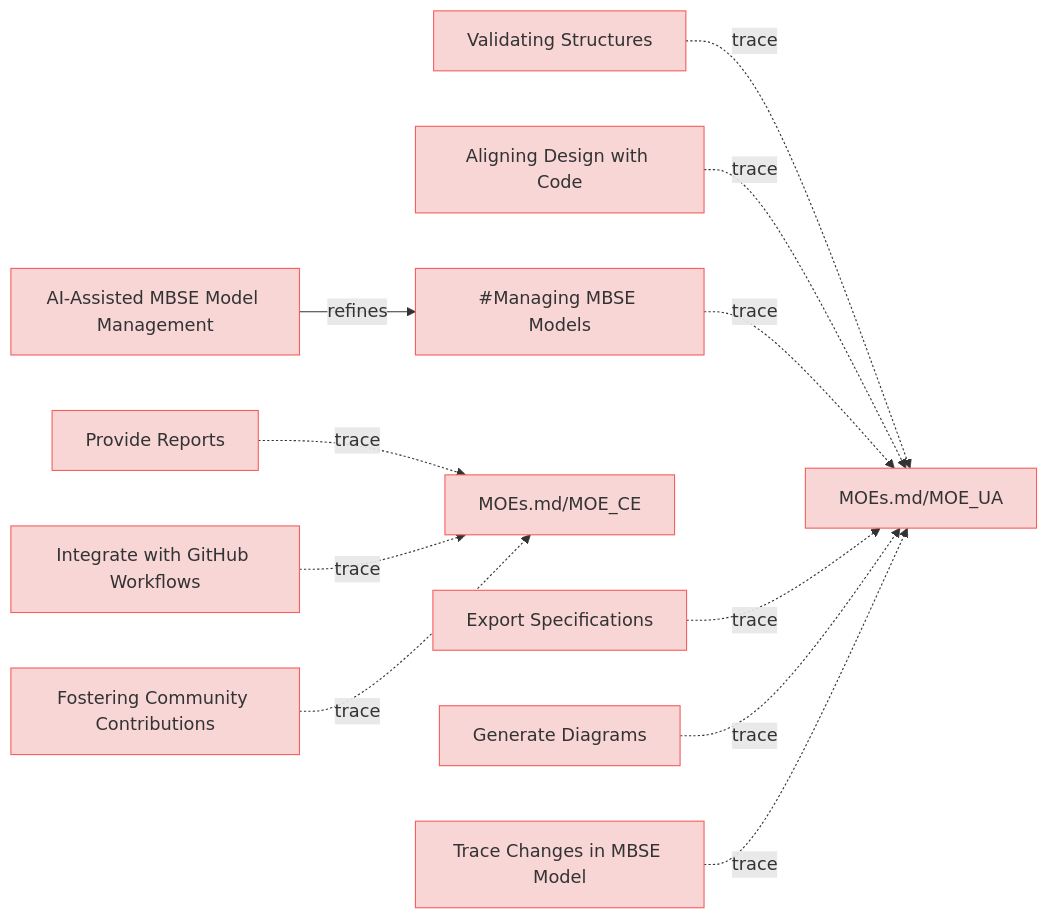
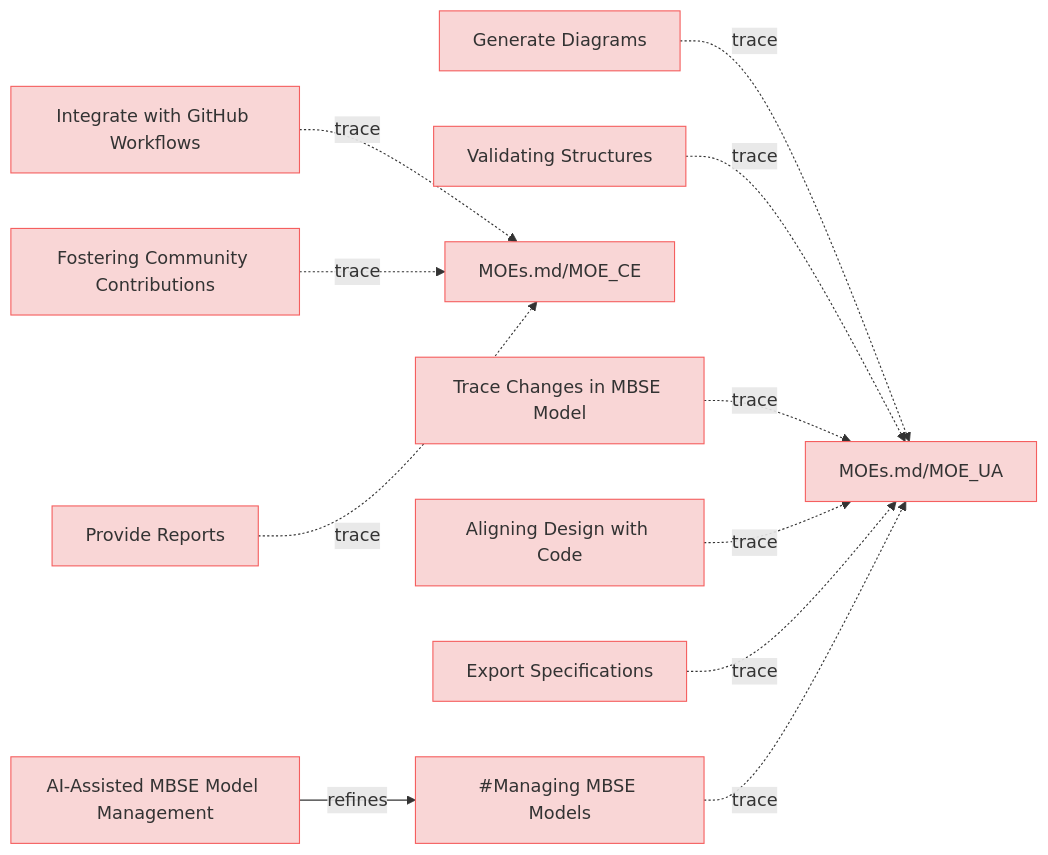
Before and after one commit to reqvire-org/reqvire: the diagram in specifications/UserStories.md, drawn with Mermaid. The commit also changed other lines of this file and 160 other files, not shown here.

````diff
--- a/specifications/UserStories.md
+++ b/specifications/UserStories.md
@@ -12,55 +12,55 @@
 ```mermaid
 graph LR;
   %% Graph styling
   classDef requirement fill:#f9d6d6,stroke:#f55f5f,stroke-width:1px;
   classDef verification fill:#d6f9d6,stroke:#5fd75f,stroke-width:1px;
   classDef externalLink fill:#d0e0ff,stroke:#3080ff,stroke-width:1px;
   classDef default fill:#f5f5f5,stroke:#333333,stroke-width:1px;
 
-  63454899a7184acc["AI-Assisted MBSE Model Management"];
-  click 63454899a7184acc "https://github.com/ilijaljubicic/ReqFlow/blob/73d5ae1d93adea71fdf4cc508be4d1ae09be068f/specifications/UserStories.md#ai-assisted-mbse-model-management";
-  class 63454899a7184acc requirement;
-  a469d82e490f4e4["#Managing MBSE Models"];
-  class a469d82e490f4e4 requirement;
-  click a469d82e490f4e4 "https://github.com/ilijaljubicic/ReqFlow/blob/73d5ae1d93adea71fdf4cc508be4d1ae09be068f/specifications/UserStories.md#managing-mbse-models";
-  63454899a7184acc -->|refines| a469d82e490f4e4;
-  725d90f6f42e9407["Validating Structures"];
-  click 725d90f6f42e9407 "https://github.com/ilijaljubicic/ReqFlow/blob/73d5ae1d93adea71fdf4cc508be4d1ae09be068f/specifications/UserStories.md#validating-structures";
-  class 725d90f6f42e9407 requirement;
-  5d0b88381f707008["MOEs.md/MOE_UA"];
-  class 5d0b88381f707008 requirement;
-  click 5d0b88381f707008 "https://github.com/ilijaljubicic/ReqFlow/blob/73d5ae1d93adea71fdf4cc508be4d1ae09be068f/specifications/MOEs.md#moe_ua";
-  725d90f6f42e9407 -.->|trace| 5d0b88381f707008;
-  8bcbfc64008114c9["Aligning Design with Code"];
-  click 8bcbfc64008114c9 "https://github.com/ilijaljubicic/ReqFlow/blob/73d5ae1d93adea71fdf4cc508be4d1ae09be068f/specifications/UserStories.md#aligning-design-with-code";
-  class 8bcbfc64008114c9 requirement;
-  8bcbfc64008114c9 -.->|trace| 5d0b88381f707008;
-  a8ca33c2b9a1e9de["Provide Reports"];
-  click a8ca33c2b9a1e9de "https://github.com/ilijaljubicic/ReqFlow/blob/73d5ae1d93adea71fdf4cc508be4d1ae09be068f/specifications/UserStories.md#provide-reports";
-  class a8ca33c2b9a1e9de requirement;
-  34ccc009ec6ea573["MOEs.md/MOE_CE"];
-  class 34ccc009ec6ea573 requirement;
-  click 34ccc009ec6ea573 "https://github.com/ilijaljubicic/ReqFlow/blob/73d5ae1d93adea71fdf4cc508be4d1ae09be068f/specifications/MOEs.md#moe_ce";
-  a8ca33c2b9a1e9de -.->|trace| 34ccc009ec6ea573;
-  a469d82e490f4e4 -.->|trace| 5d0b88381f707008;
-  8edc9736fd751490["Integrate with GitHub Workflows"];
-  click 8edc9736fd751490 "https://github.com/ilijaljubicic/ReqFlow/blob/73d5ae1d93adea71fdf4cc508be4d1ae09be068f/specifications/UserStories.md#integrate-with-github-workflows";
-  class 8edc9736fd751490 requirement;
-  8edc9736fd751490 -.->|trace| 34ccc009ec6ea573;
-  95e53eb18f860c5a["Fostering Community Contributions"];
-  click 95e53eb18f860c5a "https://github.com/ilijaljubicic/ReqFlow/blob/73d5ae1d93adea71fdf4cc508be4d1ae09be068f/specifications/UserStories.md#fostering-community-contributions";
-  class 95e53eb18f860c5a requirement;
-  95e53eb18f860c5a -.->|trace| 34ccc009ec6ea573;
-  625ef9aa59da5635["Export Specifications"];
-  click 625ef9aa59da5635 "https://github.com/ilijaljubicic/ReqFlow/blob/73d5ae1d93adea71fdf4cc508be4d1ae09be068f/specifications/UserStories.md#export-specifications";
-  class 625ef9aa59da5635 requirement;
-  625ef9aa59da5635 -.->|trace| 5d0b88381f707008;
-  3ca57dc5dc6a2dae["Generate Diagrams"];
-  click 3ca57dc5dc6a2dae "https://github.com/ilijaljubicic/ReqFlow/blob/73d5ae1d93adea71fdf4cc508be4d1ae09be068f/specifications/UserStories.md#generate-diagrams";
-  class 3ca57dc5dc6a2dae requirement;
-  3ca57dc5dc6a2dae -.->|trace| 5d0b88381f707008;
-  1e57ec134f31779c["Trace Changes in MBSE Model"];
-  click 1e57ec134f31779c "https://github.com/ilijaljubicic/ReqFlow/blob/73d5ae1d93adea71fdf4cc508be4d1ae09be068f/specifications/UserStories.md#trace-changes-in-mbse-model";
-  class 1e57ec134f31779c requirement;
-  1e57ec134f31779c -.->|trace| 5d0b88381f707008;
+  86153e8e478c5ae5["AI-Assisted MBSE Model Management"];
+  click 86153e8e478c5ae5 "https://github.com/ilijaljubicic/Reqvire/blob/8a68ca1eab81bac7964085e47777a0a92447c6a5/specifications/UserStories.md#ai-assisted-mbse-model-management";
+  class 86153e8e478c5ae5 requirement;
+  1902659ed14c4615["#Managing MBSE Models"];
+  class 1902659ed14c4615 requirement;
+  click 1902659ed14c4615 "https://github.com/ilijaljubicic/Reqvire/blob/8a68ca1eab81bac7964085e47777a0a92447c6a5/specifications/UserStories.md#managing-mbse-models";
+  86153e8e478c5ae5 -->|refines| 1902659ed14c4615;
+  ab3c35050243abb3["Generate Diagrams"];
+  click ab3c35050243abb3 "https://github.com/ilijaljubicic/Reqvire/blob/8a68ca1eab81bac7964085e47777a0a92447c6a5/specifications/UserStories.md#generate-diagrams";
+  class ab3c35050243abb3 requirement;
+  bd8b46053261f1d0["MOEs.md/MOE_UA"];
+  class bd8b46053261f1d0 requirement;
+  click bd8b46053261f1d0 "https://github.com/ilijaljubicic/Reqvire/blob/8a68ca1eab81bac7964085e47777a0a92447c6a5/specifications/MOEs.md#moe_ua";
+  ab3c35050243abb3 -.->|trace| bd8b46053261f1d0;
+  dfb5ca2ca89e0152["Integrate with GitHub Workflows"];
+  click dfb5ca2ca89e0152 "https://github.com/ilijaljubicic/Reqvire/blob/8a68ca1eab81bac7964085e47777a0a92447c6a5/specifications/UserStories.md#integrate-with-github-workflows";
+  class dfb5ca2ca89e0152 requirement;
+  a7b946053261f1d0["MOEs.md/MOE_CE"];
+  class a7b946053261f1d0 requirement;
+  click a7b946053261f1d0 "https://github.com/ilijaljubicic/Reqvire/blob/8a68ca1eab81bac7964085e47777a0a92447c6a5/specifications/MOEs.md#moe_ce";
+  dfb5ca2ca89e0152 -.->|trace| a7b946053261f1d0;
+  e411816051b86f1c["Validating Structures"];
+  click e411816051b86f1c "https://github.com/ilijaljubicic/Reqvire/blob/8a68ca1eab81bac7964085e47777a0a92447c6a5/specifications/UserStories.md#validating-structures";
+  class e411816051b86f1c requirement;
+  e411816051b86f1c -.->|trace| bd8b46053261f1d0;
+  c99ffeebd04e23f["Trace Changes in MBSE Model"];
+  click c99ffeebd04e23f "https://github.com/ilijaljubicic/Reqvire/blob/8a68ca1eab81bac7964085e47777a0a92447c6a5/specifications/UserStories.md#trace-changes-in-mbse-model";
+  class c99ffeebd04e23f requirement;
+  c99ffeebd04e23f -.->|trace| bd8b46053261f1d0;
+  3aa9c1e4906c1b45["Aligning Design with Code"];
+  click 3aa9c1e4906c1b45 "https://github.com/ilijaljubicic/Reqvire/blob/8a68ca1eab81bac7964085e47777a0a92447c6a5/specifications/UserStories.md#aligning-design-with-code";
+  class 3aa9c1e4906c1b45 requirement;
+  3aa9c1e4906c1b45 -.->|trace| bd8b46053261f1d0;
+  eba099aa902aa2f9["Fostering Community Contributions"];
+  click eba099aa902aa2f9 "https://github.com/ilijaljubicic/Reqvire/blob/8a68ca1eab81bac7964085e47777a0a92447c6a5/specifications/UserStories.md#fostering-community-contributions";
+  class eba099aa902aa2f9 requirement;
+  eba099aa902aa2f9 -.->|trace| a7b946053261f1d0;
+  69208127f6580b16["Provide Reports"];
+  click 69208127f6580b16 "https://github.com/ilijaljubicic/Reqvire/blob/8a68ca1eab81bac7964085e47777a0a92447c6a5/specifications/UserStories.md#provide-reports";
+  class 69208127f6580b16 requirement;
+  69208127f6580b16 -.->|trace| a7b946053261f1d0;
+  53d8b873d743e94["Export Specifications"];
+  click 53d8b873d743e94 "https://github.com/ilijaljubicic/Reqvire/blob/8a68ca1eab81bac7964085e47777a0a92447c6a5/specifications/UserStories.md#export-specifications";
+  class 53d8b873d743e94 requirement;
+  53d8b873d743e94 -.->|trace| bd8b46053261f1d0;
+  1902659ed14c4615 -.->|trace| bd8b46053261f1d0;
 ```
````
